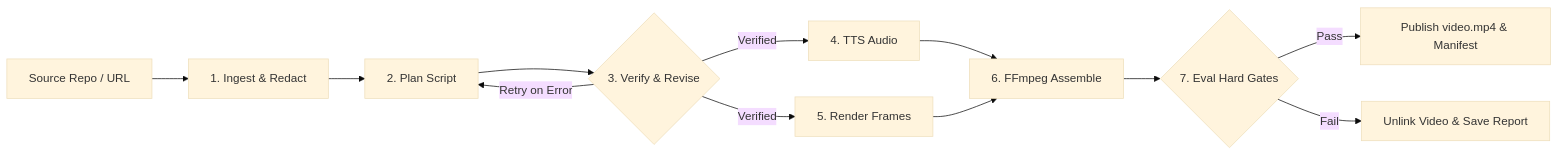
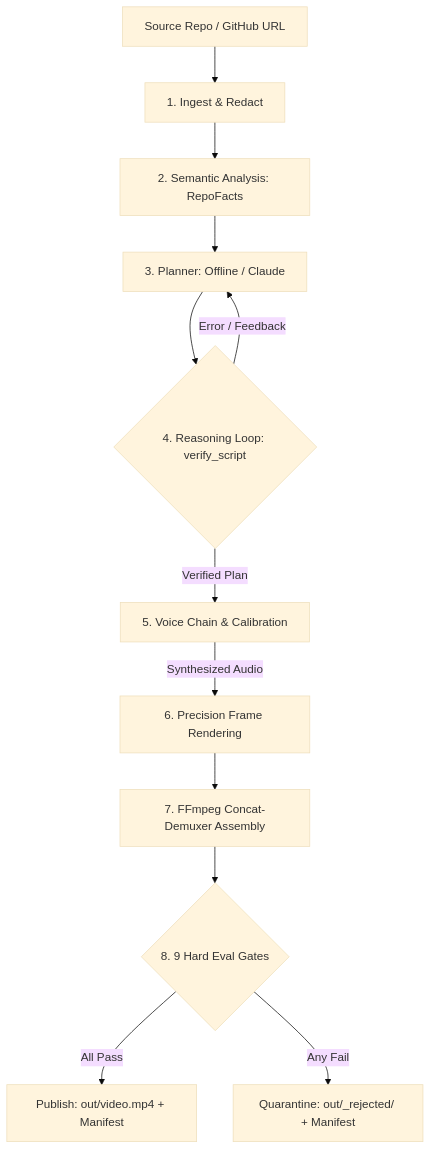
One commit to P1Manav/DevVideo changed the diagram in README.md. Above: the diagram before and after it, drawn with Mermaid (base theme). The commit also changed other lines of this file and 13 other files, not shown here.

````diff
--- a/README.md
+++ b/README.md
@@ -9,14 +65,14 @@
 ```mermaid
-flowchart LR
-    A[Source Repo / URL] --> B[1. Ingest & Redact]
-    B --> C[2. Plan Script]
-    C --> D{3. Verify & Revise}
-    D -- Retry on Error --> C
-    D -- Verified --> E[4. TTS Audio]
-    D -- Verified --> F[5. Render Frames]
-    E --> G[6. FFmpeg Assemble]
-    F --> G
-    G --> H{7. Eval Hard Gates}
-    H -- Pass --> I[Publish video.mp4 & Manifest]
-    H -- Fail --> J[Unlink Video & Save Report]
+flowchart TD
+    A[Source Repo / GitHub URL] --> B[1. Ingest & Redact]
+    B --> C[2. Semantic Analysis: RepoFacts]
+    C --> D[3. Planner: Offline / Claude]
+    D --> E{4. Reasoning Loop: verify_script}
+    E -- Error / Feedback --> D
+    E -- Verified Plan --> F[5. Voice Chain & Calibration]
+    F -- Synthesized Audio --> G[6. Precision Frame Rendering]
+    G --> H[7. FFmpeg Concat-Demuxer Assembly]
+    H --> I{8. 9 Hard Eval Gates}
+    I -- All Pass --> J[Publish: out/video.mp4 + Manifest]
+    I -- Any Fail --> K[Quarantine: out/_rejected/ + Manifest]
 ```
````
